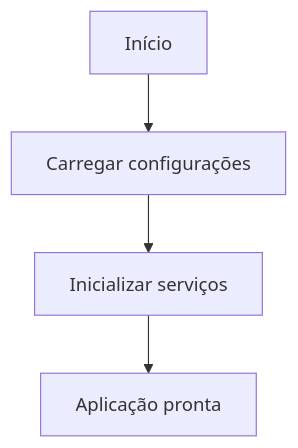
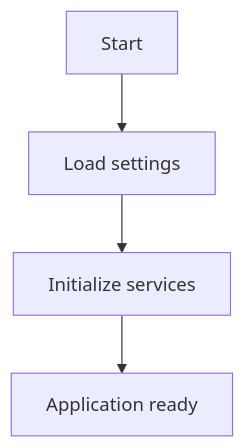
The first of 5 diagrams in WORKFLOW.md (Sistema2D/FrameCode-VibeWork), drawn with Mermaid before and after one commit. The commit also changed other lines of this file and 78 other files, not shown here.

````diff
--- a/WORKFLOW.md
+++ b/WORKFLOW.md
@@ -36,6 +36,6 @@
 ```mermaid
 flowchart TD
-    A["Início"] --> B["Carregar configurações"]
-    B --> C["Inicializar serviços"]
-    C --> D["Aplicação pronta"]
+    A["Start"] --> B["Load settings"]
+    B --> C["Initialize services"]
+    C --> D["Application ready"]
 ```
````
